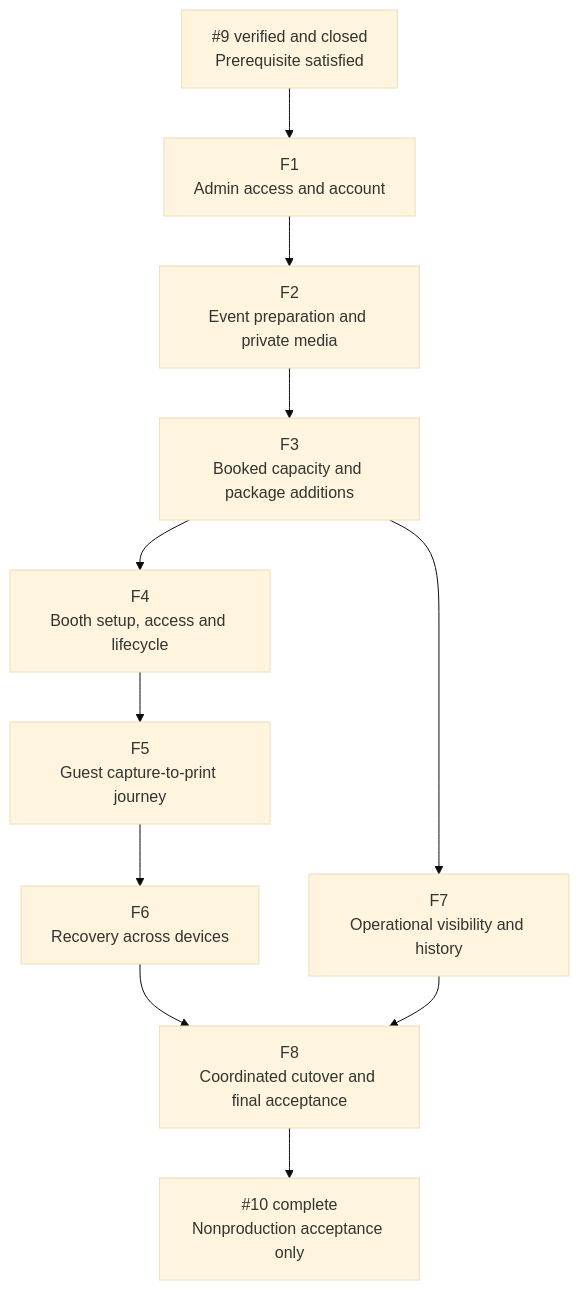
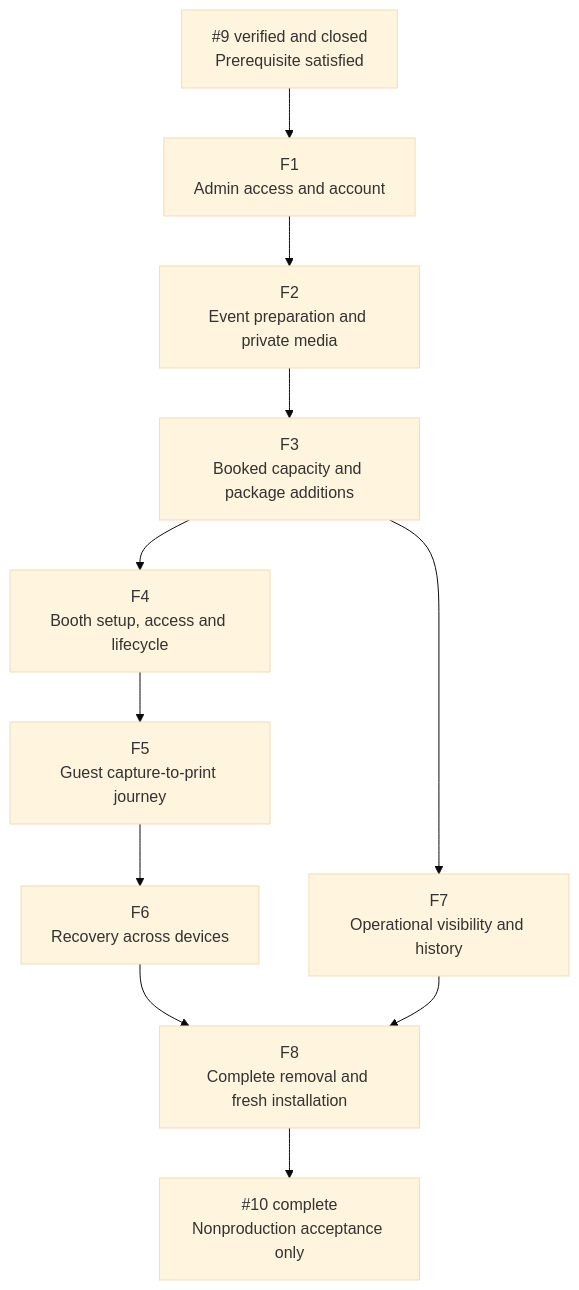
Before and after one commit to noelorph/diy-instax-photobooth: the first of 10 diagrams in docs/diagrams/issue-10-functional-breakdown.md, drawn with Mermaid (base theme). The commit also changed other lines of this file and 104 other files, not shown here.

Commit message:
docs: approve issue 10 complete legacy removal plans

````diff
--- a/docs/diagrams/issue-10-functional-breakdown.md
+++ b/docs/diagrams/issue-10-functional-breakdown.md
@@ -13,13 +11,13 @@
 ```mermaid
 flowchart TD
   GATE["#9 verified and closed<br/>Prerequisite satisfied"] --> F1["F1<br/>Admin access and account"]
   F1 --> F2["F2<br/>Event preparation and private media"]
   F2 --> F3["F3<br/>Booked capacity and package additions"]
   F3 --> F4["F4<br/>Booth setup, access and lifecycle"]
   F4 --> F5["F5<br/>Guest capture-to-print journey"]
   F5 --> F6["F6<br/>Recovery across devices"]
   F3 --> F7["F7<br/>Operational visibility and history"]
-  F6 --> F8["F8<br/>Coordinated cutover and final acceptance"]
+  F6 --> F8["F8<br/>Complete removal and fresh installation"]
   F7 --> F8
   F8 --> DONE["#10 complete<br/>Nonproduction acceptance only"]
 ```
````
